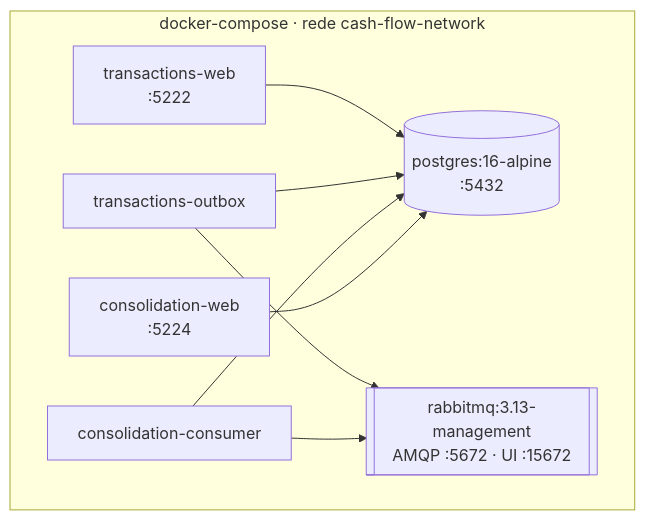
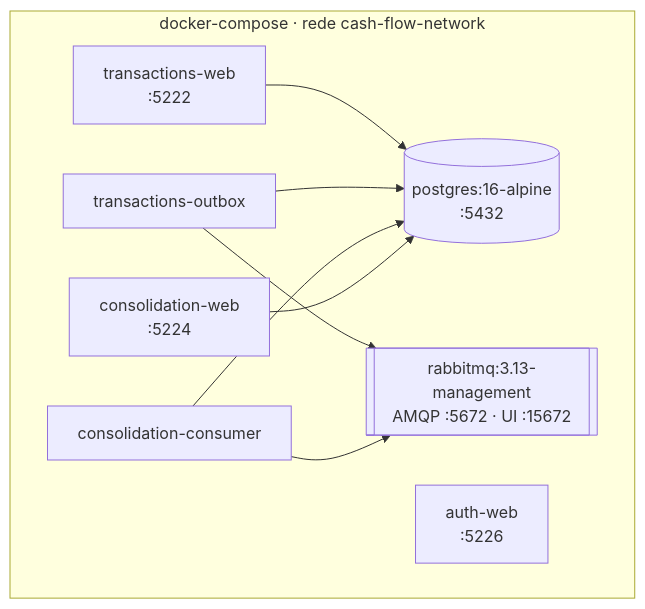
The fourth of 4 diagrams in docs/architecture.md (lhpvolpi/cash-flow), drawn with Mermaid before and after one commit. The commit also changed other lines of this file and 9 other files, not shown here.

````diff
--- a/docs/architecture.md
+++ b/docs/architecture.md
@@ -153,18 +167,19 @@
 ```mermaid
 flowchart TB
     subgraph Docker["docker-compose · rede cash-flow-network"]
         Postgres[("postgres:16-alpine\n:5432")]
         RabbitMQ[["rabbitmq:3.13-management\nAMQP :5672 · UI :15672"]]
         TXWeb["transactions-web\n:5222"]
         TXOutbox["transactions-outbox"]
         COWeb["consolidation-web\n:5224"]
         COConsumer["consolidation-consumer"]
+        AuthWeb["auth-web\n:5226"]
     end
 
     TXWeb --> Postgres
     TXOutbox --> Postgres
     TXOutbox --> RabbitMQ
     COConsumer --> RabbitMQ
     COConsumer --> Postgres
     COWeb --> Postgres
 ```
````
